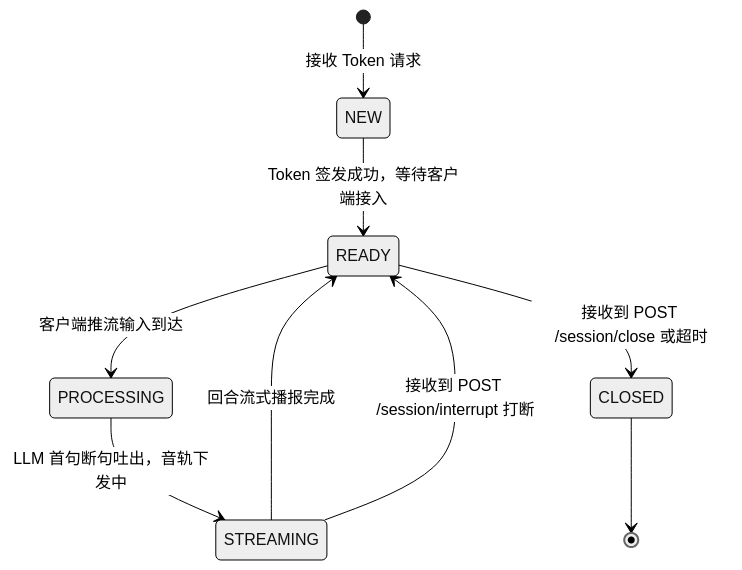
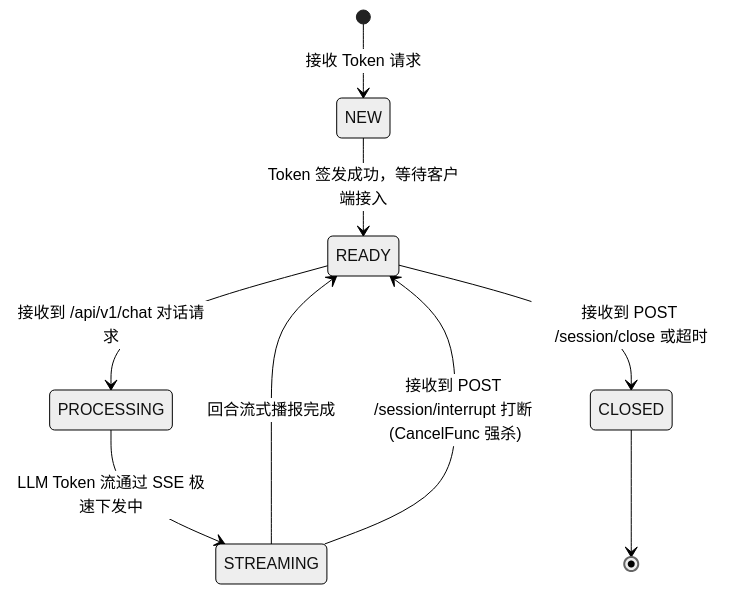
The seventh of 7 diagrams in docs/architecture.md (feixiao/FastAvatar), drawn with Mermaid (neutral theme) before and after one commit. The commit also changed other lines of this file and 12 other files, not shown here.

````diff
--- a/docs/architecture.md
+++ b/docs/architecture.md
@@ -386,11 +384,11 @@
 ```mermaid
 stateDiagram-v2
     [*] --> NEW: 接收 Token 请求
     NEW --> READY: Token 签发成功，等待客户端接入
-    READY --> PROCESSING: 客户端推流输入到达
-    PROCESSING --> STREAMING: LLM 首句断句吐出，音轨下发中
+    READY --> PROCESSING: 接收到 /api/v1/chat 对话请求
+    PROCESSING --> STREAMING: LLM Token 流通过 SSE 极速下发中
     STREAMING --> READY: 回合流式播报完成
-    STREAMING --> READY: 接收到 POST /session/interrupt 打断
+    STREAMING --> READY: 接收到 POST /session/interrupt 打断 (CancelFunc 强杀)
     READY --> CLOSED: 接收到 POST /session/close 或超时
     CLOSED --> [*]
 ```
````
